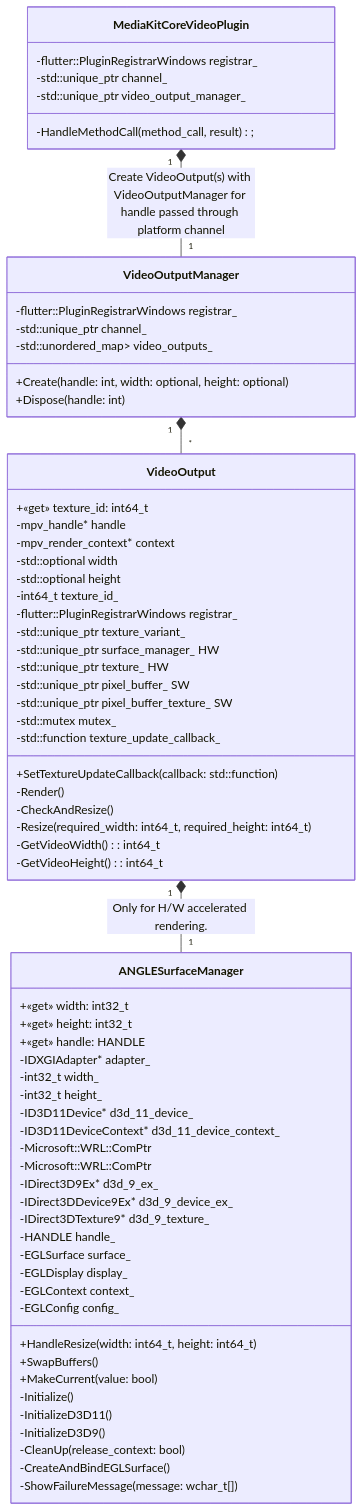
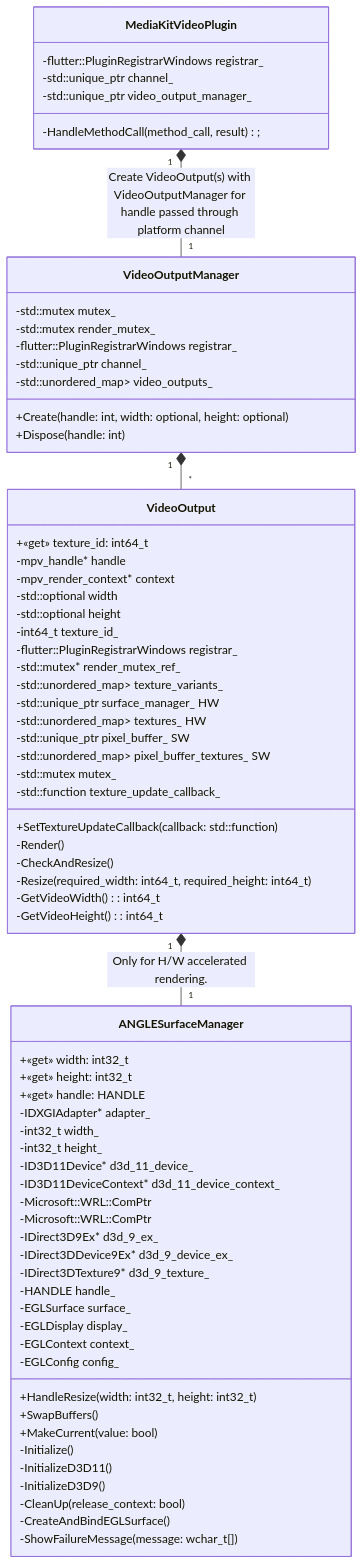
Before and after one commit to media-kit/media-kit: the second of 2 diagrams in README.md, drawn with Mermaid. The commit also changed other lines of this file, not shown here.

```diff
--- a/README.md
+++ b/README.md
@@ -405,11 +411,11 @@
 }%%
 classDiagram
 
-  MediaKitCoreVideoPlugin "1" *-- "1" VideoOutputManager: Create VideoOutput(s) with VideoOutputManager for handle passed through platform channel
+  MediaKitVideoPlugin "1" *-- "1" VideoOutputManager: Create VideoOutput(s) with VideoOutputManager for handle passed through platform channel
   VideoOutputManager "1" *-- "*" VideoOutput
   VideoOutput "1" *-- "1" ANGLESurfaceManager: Only for H/W accelerated rendering.
 
-  class MediaKitCoreVideoPlugin {
+  class MediaKitVideoPlugin {
     -flutter::PluginRegistrarWindows registrar_
     -std::unique_ptr<MethodChannel> channel_
     -std::unique_ptr<VideoOutputManager> video_output_manager_
@@ -420,6 +426,8 @@
     +Create(handle: int, width: optional<int>, height: optional<int>)
     +Dispose(handle: int)
 
+    -std::mutex mutex_
+    -std::mutex render_mutex_
     -flutter::PluginRegistrarWindows registrar_
     -std::unique_ptr<MethodChannel> channel_
     -std::unordered_map<int64_t, std::unique_ptr<VideoOutput>> video_outputs_
@@ -433,11 +441,12 @@
     -std::optional<int64_t> height
     -int64_t texture_id_
     -flutter::PluginRegistrarWindows registrar_
-    -std::unique_ptr<flutter::TextureVariant> texture_variant_
+    -std::mutex* render_mutex_ref_
+    -std::unordered_map<int64_t, std::unique_ptr<flutter::TextureVariant>> texture_variants_
     -std::unique_ptr<ANGLESurfaceManager> surface_manager_ HW
-    -std::unique_ptr<FlutterDesktopGpuSurfaceDescriptor> texture_ HW
+    -std::unordered_map<int64_t, std::unique_ptr<FlutterDesktopGpuSurfaceDescriptor>> textures_ HW
     -std::unique_ptr<uint8_t[]> pixel_buffer_ SW
-    -std::unique_ptr<FlutterDesktopPixelBuffer> pixel_buffer_texture_ SW
+    -std::unordered_map<int64_t, std::unique_ptr<FlutterDesktopPixelBuffer>> pixel_buffer_textures_ SW
     -std::mutex mutex_
     -std::function texture_update_callback_
 
@@ -454,7 +463,7 @@
     +«get» height: int32_t
     +«get» handle: HANDLE
 
-    +HandleResize(width: int64_t, height: int64_t)
+    +HandleResize(width: int32_t, height: int32_t)
     +SwapBuffers()
     +MakeCurrent(value: bool)
     -Initialize()
```
